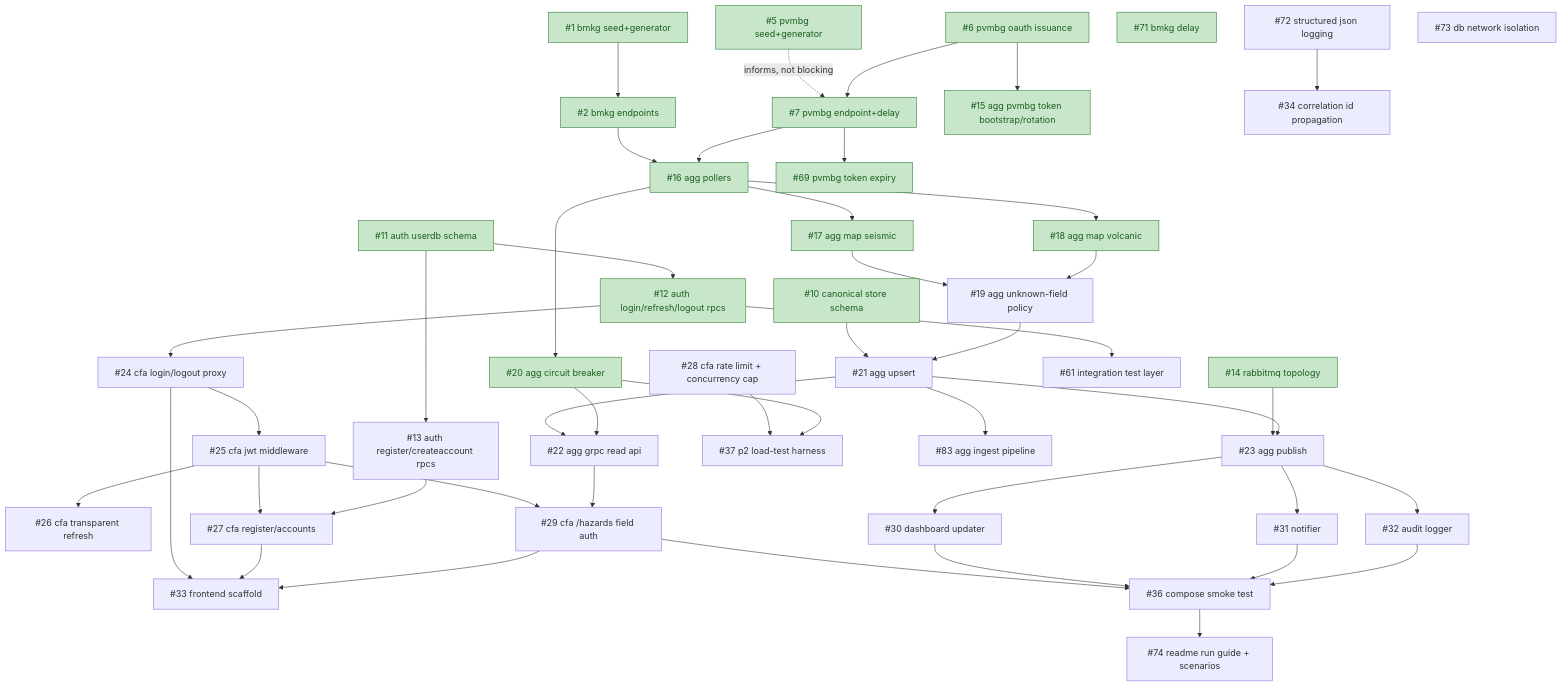
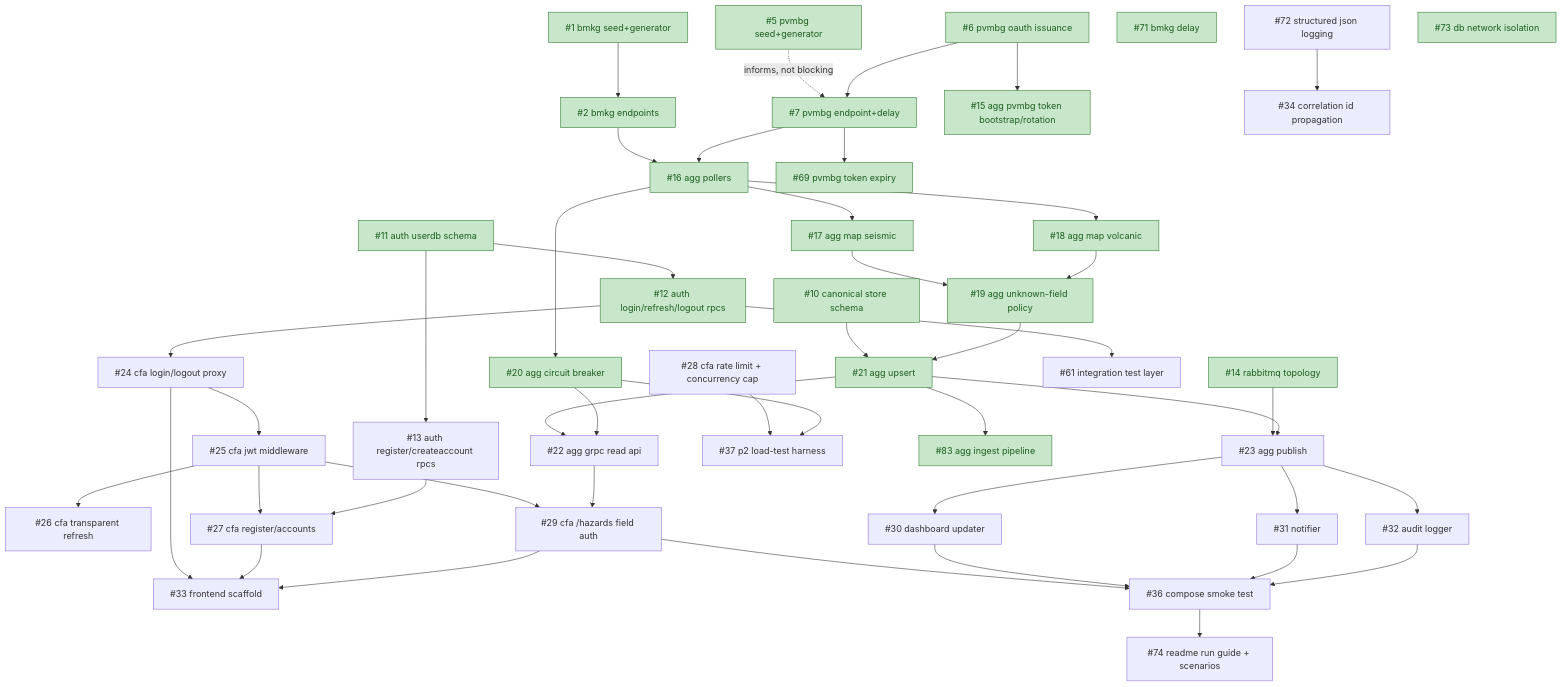
One commit to brii26/distributed-hazard-coordination changed the diagram in doc/BACKLOG_DEPENDENCIES.md. Above: the diagram before and after it, drawn with Mermaid. The commit also changed other lines of this file, not shown here.

Commit message:
docs(backlog): mark #19, #21, #73 and #83 done

````diff
--- a/doc/BACKLOG_DEPENDENCIES.md
+++ b/doc/BACKLOG_DEPENDENCIES.md
@@ -24,62 +24,62 @@
 ```mermaid
 graph TD
   1["#1 bmkg seed+generator"] --> 2["#2 bmkg endpoints"]
   5["#5 pvmbg seed+generator"] -.->|informs, not blocking| 7
 
   6["#6 pvmbg oauth issuance"] --> 15["#15 agg pvmbg token bootstrap/rotation"]
   6 --> 7["#7 pvmbg endpoint+delay"]
   7 --> 69["#69 pvmbg token expiry"]
 
   2 --> 16["#16 agg pollers"]
   7 --> 16
   16 --> 17["#17 agg map seismic"]
   16 --> 18["#18 agg map volcanic"]
   16 --> 20["#20 agg circuit breaker"]
   17 --> 19["#19 agg unknown-field policy"]
   18 --> 19
 
   10["#10 canonical store schema"] --> 21["#21 agg upsert"]
   19 --> 21
   21 --> 22["#22 agg grpc read api"]
   20 --> 22
 
   14["#14 rabbitmq topology"] --> 23["#23 agg publish"]
   21 --> 23
   21 --> 83["#83 agg ingest pipeline"]
 
   11["#11 auth userdb schema"] --> 12["#12 auth login/refresh/logout rpcs"]
   11 --> 13["#13 auth register/createaccount rpcs"]
 
   12 --> 24["#24 cfa login/logout proxy"]
   12 --> 61["#61 integration test layer"]
   24 --> 25["#25 cfa jwt middleware"]
   25 --> 26["#26 cfa transparent refresh"]
   25 --> 27["#27 cfa register/accounts"]
   13 --> 27
   25 --> 29["#29 cfa /hazards field auth"]
   22 --> 29
 
   23 --> 30["#30 dashboard updater"]
   23 --> 31["#31 notifier"]
   23 --> 32["#32 audit logger"]
 
   24 --> 33["#33 frontend scaffold"]
   27 --> 33
   29 --> 33
 
   29 --> 36["#36 compose smoke test"]
   30 --> 36
   31 --> 36
   32 --> 36
 
   28["#28 cfa rate limit + concurrency cap"] --> 37["#37 p2 load-test harness"]
   20 --> 37
 
   72["#72 structured json logging"] --> 34["#34 correlation id propagation"]
   36 --> 74["#74 readme run guide + scenarios"]
   71["#71 bmkg delay"]
   73["#73 db network isolation"]
 
   classDef done fill:#c8e6c9,stroke:#2e7d32,color:#1b5e20
-  class 1,2,5,6,7,10,11,12,14,15,16,17,18,20,69,71 done
+  class 1,2,5,6,7,10,11,12,14,15,16,17,18,19,20,21,69,71,73,83 done
 ```
````
